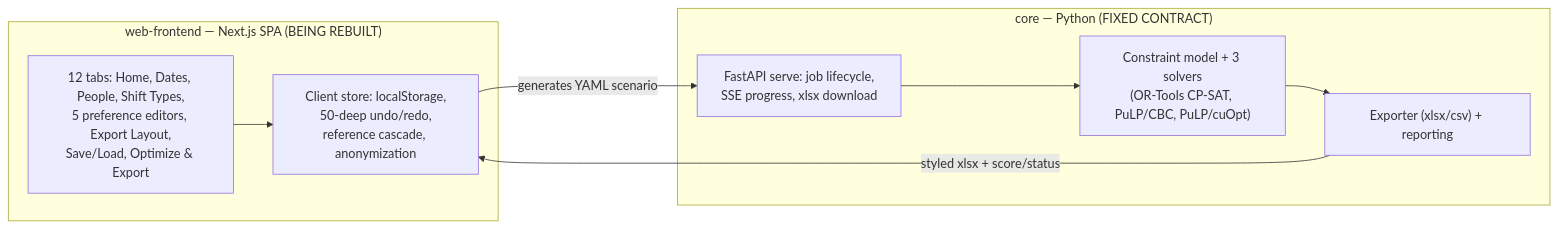
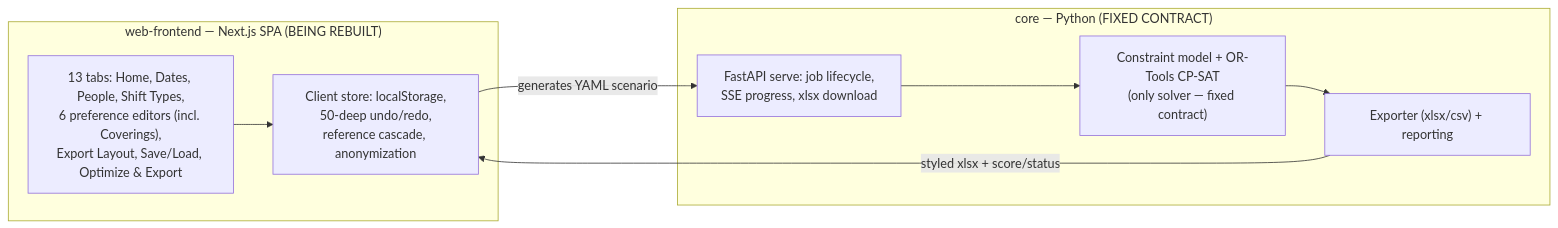
Before and after one commit to kenan-xin/nursing-sheduler: the diagram in docs/epic-artifacts/nurse-scheduling-rebuild-brief/index.md, drawn with Mermaid. The commit also changed other lines of this file and 18 other files, not shown here.

````diff
--- a/docs/epic-artifacts/nurse-scheduling-rebuild-brief/index.md
+++ b/docs/epic-artifacts/nurse-scheduling-rebuild-brief/index.md
@@ -41,16 +41,16 @@
 ```mermaid
 flowchart LR
   subgraph FE["web-frontend — Next.js SPA (BEING REBUILT)"]
-    UI["12 tabs: Home, Dates, People, Shift Types,\n5 preference editors, Export Layout,\nSave/Load, Optimize & Export"]
+    UI["13 tabs: Home, Dates, People, Shift Types,\n6 preference editors (incl. Coverings),\nExport Layout, Save/Load, Optimize & Export"]
     STORE["Client store: localStorage,\n50-deep undo/redo,\nreference cascade, anonymization"]
   end
   subgraph BE["core — Python (FIXED CONTRACT)"]
     API["FastAPI serve: job lifecycle,\nSSE progress, xlsx download"]
-    ENG["Constraint model + 3 solvers\n(OR-Tools CP-SAT, PuLP/CBC, PuLP/cuOpt)"]
+    ENG["Constraint model + OR-Tools CP-SAT\n(only solver — fixed contract)"]
     EXP["Exporter (xlsx/csv) + reporting"]
   end
   UI --> STORE
   STORE -->|"generates YAML scenario"| API
   API --> ENG --> EXP
   EXP -->|"styled xlsx + score/status"| STORE
 ```
````
